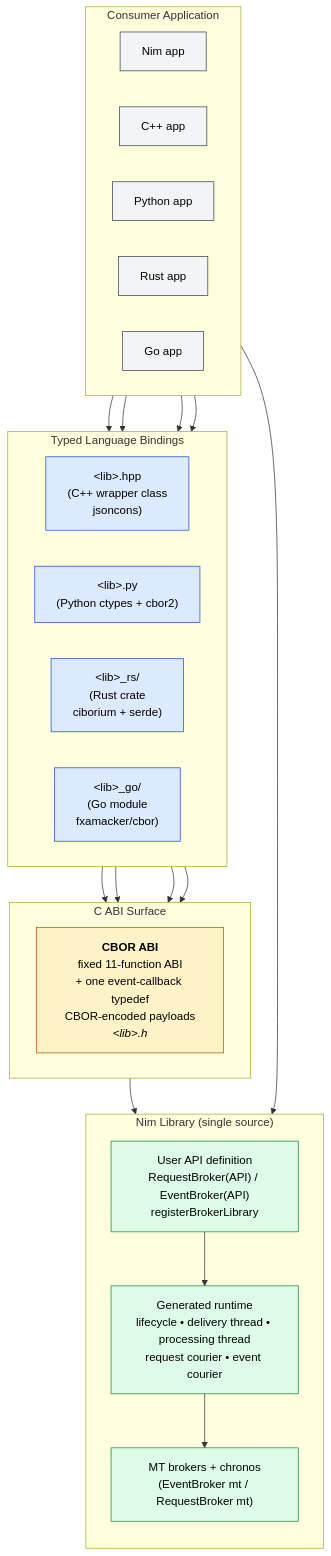
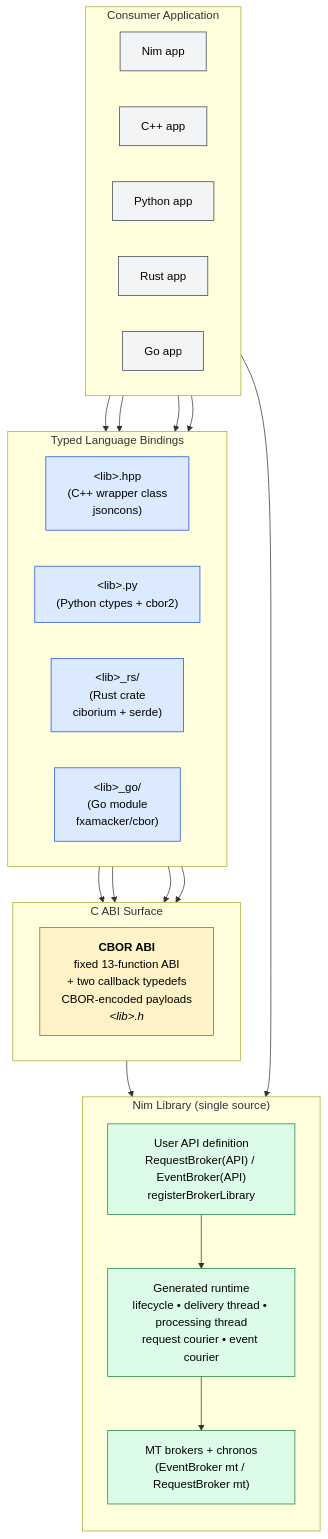
One commit to NagyZoltanPeter/nim-brokers changed the first of 4 diagrams in doc/FFI_API.md. Above: the diagram before and after it, drawn with Mermaid. The commit also changed other lines of this file and 22 other files, not shown here.

First line of the commit message:
feat(ffi): wrapper/library schema verification via <lib>_verifySchema

````diff
--- a/doc/FFI_API.md
+++ b/doc/FFI_API.md
@@ -122,54 +124,54 @@
 ```mermaid
 flowchart TB
     subgraph App["Consumer Application"]
         direction LR
         AppNim["Nim app"]
         AppCpp["C++ app"]
         AppPy["Python app"]
         AppRs["Rust app"]
         AppGo["Go app"]
     end
 
     subgraph Wrappers["Typed Language Bindings"]
         direction LR
         WCpp["&lt;lib&gt;.hpp<br/>(C++ wrapper class<br/>jsoncons)"]
         WPy["&lt;lib&gt;.py<br/>(Python ctypes + cbor2)"]
         WRs["&lt;lib&gt;_rs/<br/>(Rust crate<br/>ciborium + serde)"]
         WGo["&lt;lib&gt;_go/<br/>(Go module<br/>fxamacker/cbor)"]
     end
 
     subgraph CABI["C ABI Surface"]
         direction LR
-        Cbor["<b>CBOR ABI</b><br/>fixed 11-function ABI<br/>+ one event-callback typedef<br/>CBOR-encoded payloads<br/><i>&lt;lib&gt;.h</i>"]
+        Cbor["<b>CBOR ABI</b><br/>fixed 13-function ABI<br/>+ two callback typedefs<br/>CBOR-encoded payloads<br/><i>&lt;lib&gt;.h</i>"]
     end
 
     subgraph Nim["Nim Library (single source)"]
         direction TB
         UserApi["User API definition<br/>RequestBroker(API) / EventBroker(API)<br/>registerBrokerLibrary"]
         Runtime["Generated runtime<br/>lifecycle • delivery thread • processing thread<br/>request courier • event courier"]
         Brokers["MT brokers + chronos<br/>(EventBroker mt / RequestBroker mt)"]
         UserApi --> Runtime --> Brokers
     end
 
     AppNim --> Brokers
     AppCpp --> WCpp
     AppPy --> WPy
     AppRs --> WRs
     AppGo --> WGo
 
     WCpp --> Cbor
     WPy --> Cbor
     WRs --> Cbor
     WGo --> Cbor
 
     Cbor --> Nim
 
     classDef abi fill:#fef3c7,stroke:#b45309,color:#000
     classDef wrap fill:#dbeafe,stroke:#1d4ed8,color:#000
     classDef nim fill:#dcfce7,stroke:#15803d,color:#000
     classDef app fill:#f3f4f6,stroke:#374151,color:#000
     class Cbor abi
     class WCpp,WPy,WRs,WGo wrap
     class UserApi,Runtime,Brokers nim
     class AppNim,AppCpp,AppPy,AppRs,AppGo app
 ```
````
